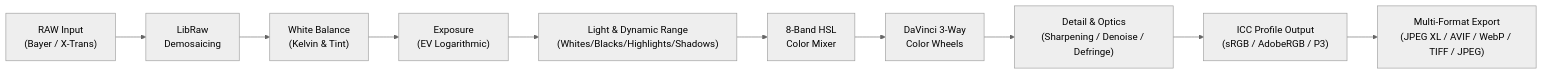
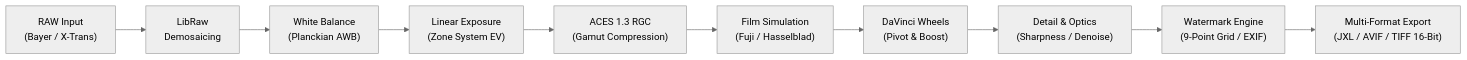
Before and after one commit to ozdil/omarchy-omastudio: the second of 2 diagrams in README.md, drawn with Mermaid (neutral theme). The commit also changed other lines of this file and 21 other files, not shown here.

Commit message:
feat(engine): integrate ACES 1.3, film simulations, watermarking, and offline AI pipeline

````diff
--- a/README.md
+++ b/README.md
@@ -69,12 +74,12 @@
 ```mermaid
 flowchart LR
     A[" RAW Input<br/>(Bayer / X-Trans)"] --> B[" LibRaw<br/>Demosaicing"]
-    B --> C[" White Balance<br/>(Kelvin & Tint)"]
-    C --> D[" Exposure<br/>(EV Logarithmic)"]
-    D --> E[" Light & Dynamic Range<br/>(Whites/Blacks/Highlights/Shadows)"]
-    E --> F[" 8-Band HSL<br/>Color Mixer"]
-    F --> G[" DaVinci 3-Way<br/>Color Wheels"]
-    G --> H[" Detail & Optics<br/>(Sharpening / Denoise / Defringe)"]
-    H --> I[" ICC Profile Output<br/>(sRGB / AdobeRGB / P3)"]
-    I --> J[" Multi-Format Export<br/>(JPEG XL / AVIF / WebP / TIFF / JPEG)"]
+    B --> C[" White Balance<br/>(Planckian AWB)"]
+    C --> D[" Linear Exposure<br/>(Zone System EV)"]
+    D --> E[" ACES 1.3 RGC<br/>(Gamut Compression)"]
+    E --> F[" Film Simulation<br/>(Fuji / Hasselblad)"]
+    F --> G[" DaVinci Wheels<br/>(Pivot & Boost)"]
+    G --> H[" Detail & Optics<br/>(Sharpness / Denoise)"]
+    H --> I[" Watermark Engine<br/>(9-Point Grid / EXIF)"]
+    I --> J[" Multi-Format Export<br/>(JXL / AVIF / TIFF 16-Bit)"]
 ```
````
